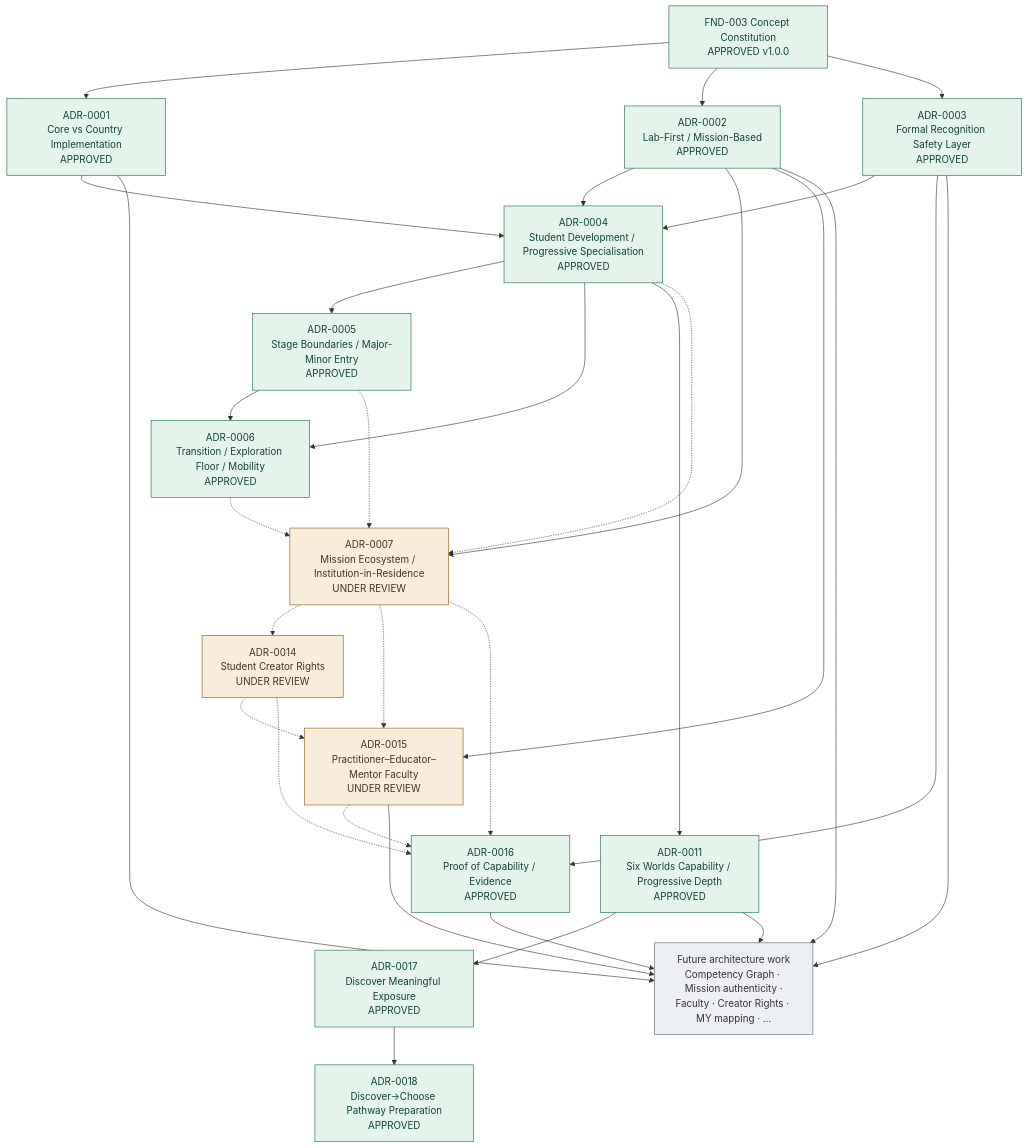
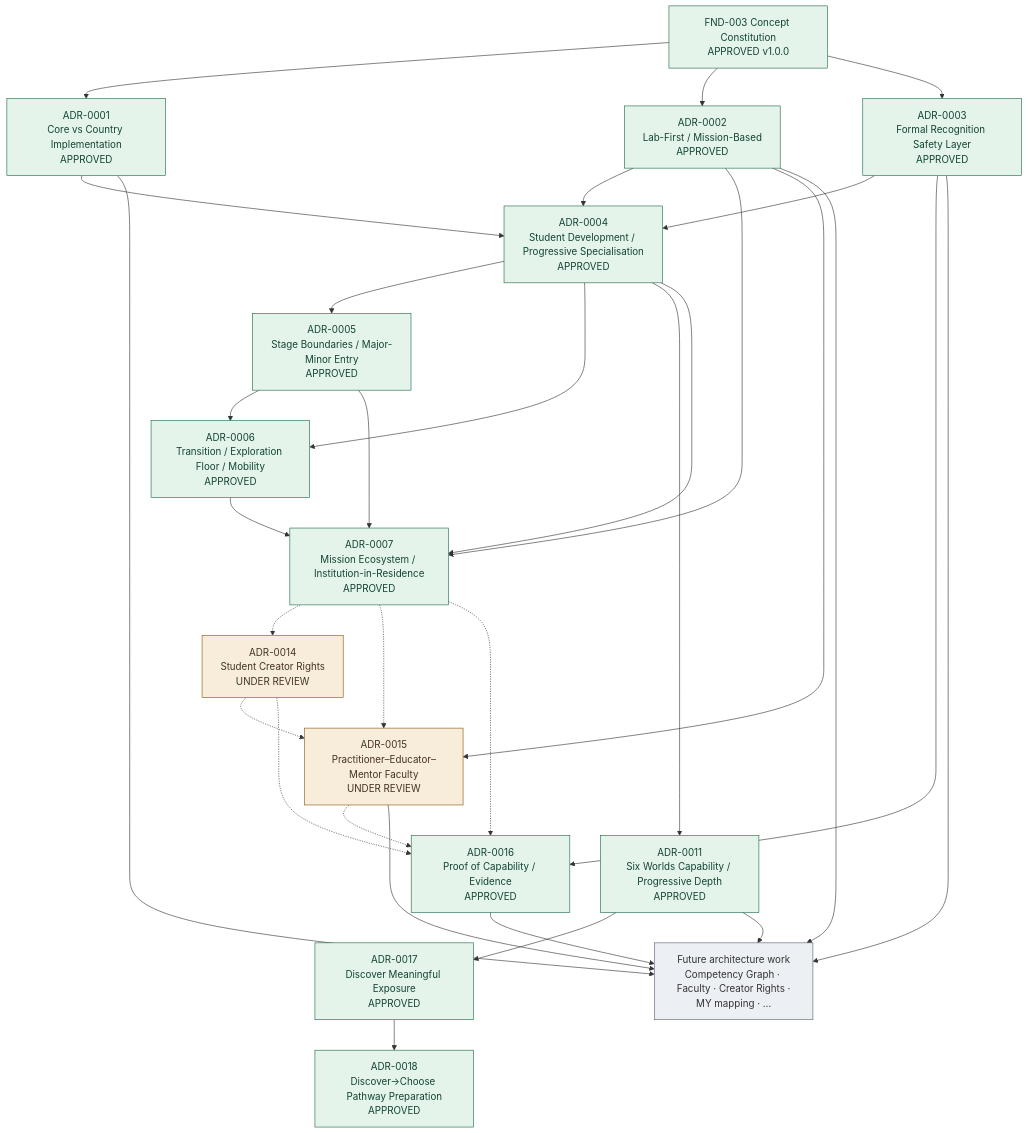
The diagram in portal/docs/roadmap.md (sp7037/tarbiyat-malaysia-school-blueprint), drawn with Mermaid before and after one commit. The commit also changed other lines of this file and 11 other files, not shown here.

Commit message:
docs: approve Mission ecosystem architecture and close GAP-018

````diff
--- a/portal/docs/roadmap.md
+++ b/portal/docs/roadmap.md
@@ -16,58 +16,58 @@
 ```mermaid
 flowchart TD
   CC["FND-003 Concept Constitution<br/>APPROVED v1.0.0"]
 
   A1["ADR-0001<br/>Core vs Country Implementation<br/>APPROVED"]
   A2["ADR-0002<br/>Lab-First / Mission-Based<br/>APPROVED"]
   A3["ADR-0003<br/>Formal Recognition Safety Layer<br/>APPROVED"]
   A4["ADR-0004<br/>Student Development / Progressive Specialisation<br/>APPROVED"]
   A5["ADR-0005<br/>Stage Boundaries / Major-Minor Entry<br/>APPROVED"]
   A6["ADR-0006<br/>Transition / Exploration Floor / Mobility<br/>APPROVED"]
-  A7["ADR-0007<br/>Mission Ecosystem / Institution-in-Residence<br/>UNDER REVIEW"]
+  A7["ADR-0007<br/>Mission Ecosystem / Institution-in-Residence<br/>APPROVED"]
   A11["ADR-0011<br/>Six Worlds Capability / Progressive Depth<br/>APPROVED"]
   A14["ADR-0014<br/>Student Creator Rights<br/>UNDER REVIEW"]
   A15["ADR-0015<br/>Practitioner–Educator–Mentor Faculty<br/>UNDER REVIEW"]
   A16["ADR-0016<br/>Proof of Capability / Evidence<br/>APPROVED"]
   A17["ADR-0017<br/>Discover Meaningful Exposure<br/>APPROVED"]
   A18["ADR-0018<br/>Discover→Choose Pathway Preparation<br/>APPROVED"]
 
-  FUT["Future architecture work<br/>Competency Graph · Mission authenticity ·<br/>Faculty · Creator Rights · MY mapping · …"]
+  FUT["Future architecture work<br/>Competency Graph · Faculty · Creator Rights ·<br/>MY mapping · …"]
 
   CC --> A1
   CC --> A2
   CC --> A3
   A1 --> A4
   A2 --> A4
   A3 --> A4
   A4 --> A5
   A4 --> A6
   A5 --> A6
   A4 --> A11
   A11 --> A17
   A17 --> A18
   A2 --> A7
-  A4 -.-> A7
-  A5 -.-> A7
-  A6 -.-> A7
+  A4 --> A7
+  A5 --> A7
+  A6 --> A7
   A7 -.-> A14
   A2 --> A15
   A7 -.-> A15
   A14 -.-> A15
   A3 --> A16
   A7 -.-> A16
   A14 -.-> A16
   A15 -.-> A16
   A1 --> FUT
   A2 --> FUT
   A3 --> FUT
   A11 --> FUT
   A15 --> FUT
   A16 --> FUT
 
   classDef approved fill:#e5f4eb,stroke:#1b6b45,color:#143
   classDef review fill:#f8ecda,stroke:#8a5a12,color:#432
   classDef future fill:#eceff3,stroke:#5a6270,color:#333
-  class CC,A1,A2,A3,A4,A5,A6,A11,A16,A17,A18 approved
-  class A7,A14,A15 review
+  class CC,A1,A2,A3,A4,A5,A6,A7,A11,A16,A17,A18 approved
+  class A14,A15 review
   class FUT future
 ```
````
